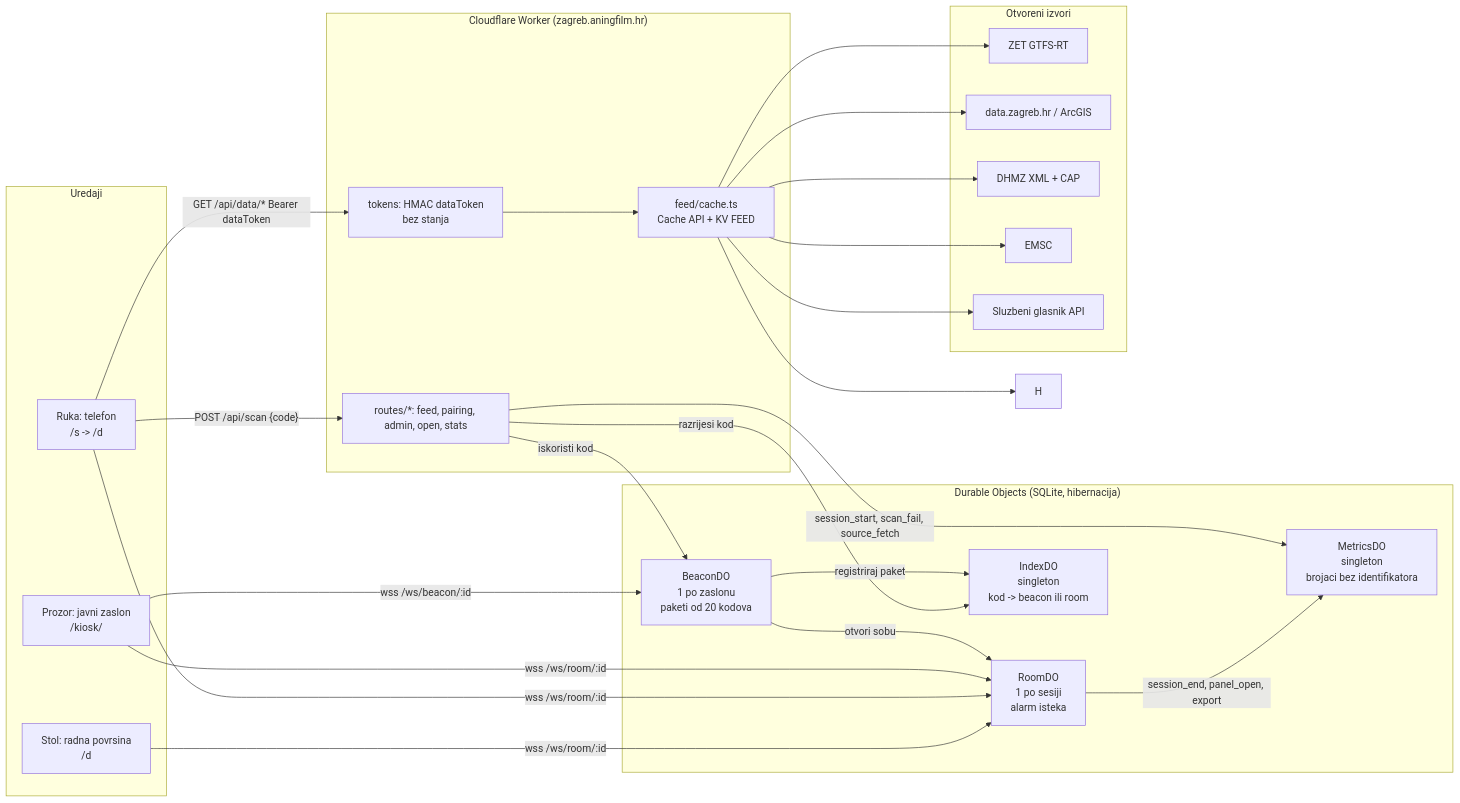
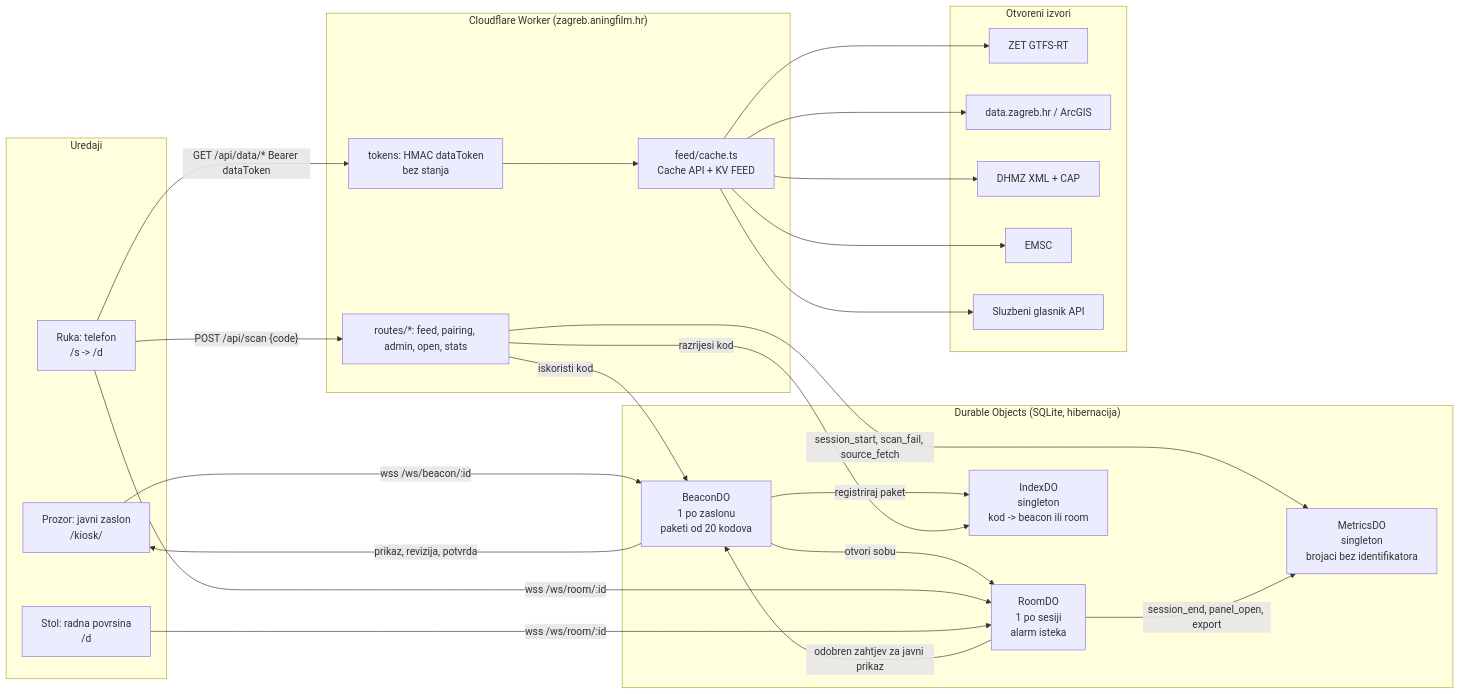
The diagram in docs/arhitektura.md (matijarma/vidikovac), drawn with Mermaid before and after one commit. The commit also changed other lines of this file and 159 other files, not shown here.

````diff
--- a/docs/arhitektura.md
+++ b/docs/arhitektura.md
@@ -16,40 +17,41 @@
 ```mermaid
 flowchart LR
   subgraph Uredaji
     K[Prozor: javni zaslon<br/>/kiosk/]
     P[Ruka: telefon<br/>/s -> /d]
     S[Stol: radna povrsina<br/>/d]
   end
   subgraph Worker["Cloudflare Worker (zagreb.aningfilm.hr)"]
     R[routes/*: feed, pairing, admin, open, stats]
     F[feed/cache.ts<br/>Cache API + KV FEED]
     T[tokens: HMAC dataToken<br/>bez stanja]
   end
   subgraph DO["Durable Objects (SQLite, hibernacija)"]
     B[BeaconDO<br/>1 po zaslonu<br/>paketi od 20 kodova]
     RM[RoomDO<br/>1 po sesiji<br/>alarm isteka]
     I[IndexDO<br/>singleton<br/>kod -> beacon ili room]
     M[MetricsDO<br/>singleton<br/>brojaci bez identifikatora]
   end
   subgraph Izvori["Otvoreni izvori"]
     Z[ZET GTFS-RT]
     G[data.zagreb.hr / ArcGIS]
     D[DHMZ XML + CAP]
     E[EMSC]
     SG[Sluzbeni glasnik API]
   end
   K -- "wss /ws/beacon/:id" --> B
   B -- "registriraj paket" --> I
   P -- "POST /api/scan {code}" --> R
   R -- "razrijesi kod" --> I
   R -- "iskoristi kod" --> B
   B -- "otvori sobu" --> RM
-  K -- "wss /ws/room/:id" --> RM
+  RM -- "odobren zahtjev za javni prikaz" --> B
+  B -- "prikaz, revizija, potvrda" --> K
   P -- "wss /ws/room/:id" --> RM
   S -- "wss /ws/room/:id" --> RM
   P -- "GET /api/data/* Bearer dataToken" --> T
   T --> F
-  F --> Z & G & D & E & H & SG
+  F --> Z & G & D & E & SG
   R -- "session_start, scan_fail, source_fetch" --> M
   RM -- "session_end, panel_open, export" --> M
 ```
````
